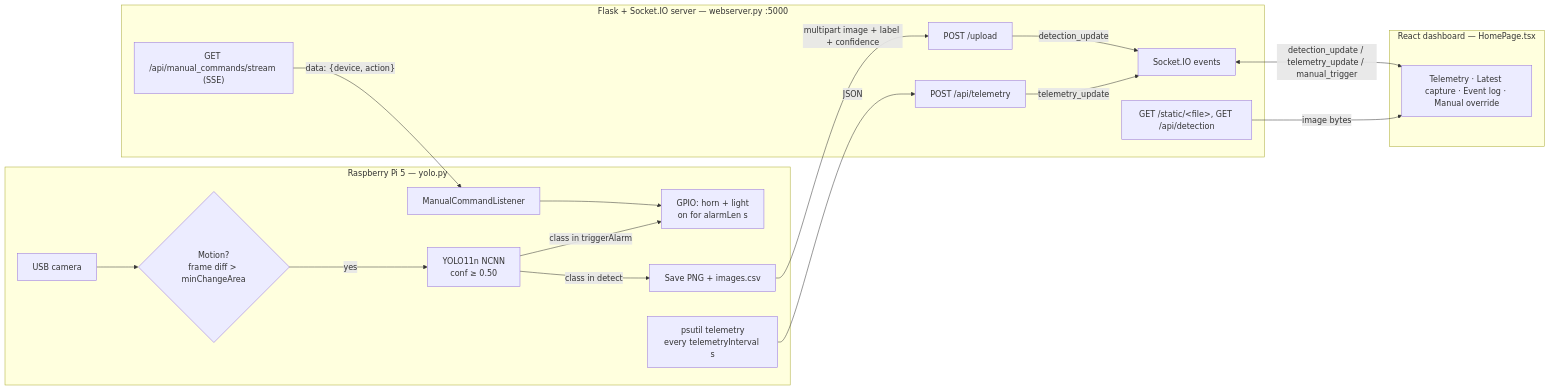
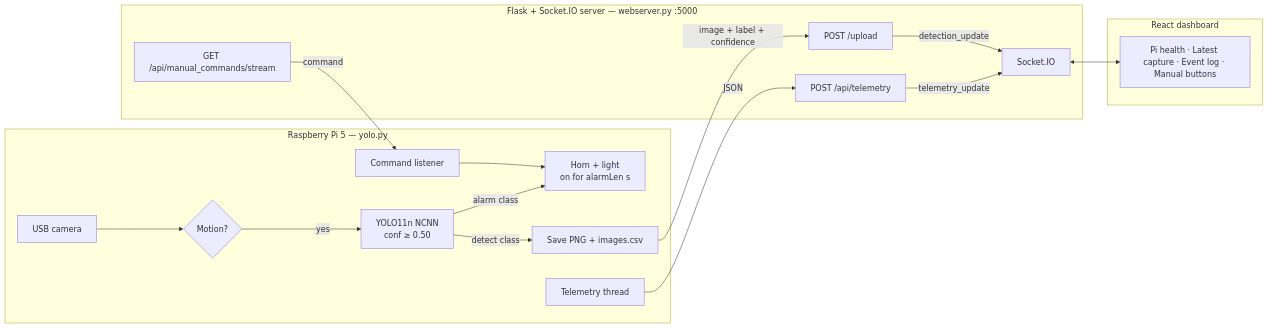
Before and after one commit to pks0916/senior-design: the diagram in docs/architecture.md, drawn with Mermaid. The commit also changed other lines of this file and 4 other files, not shown here.

First line of the commit message:
docs: rewrite architecture, setup, security, meeting notes, contributing in plainer language

````diff
--- a/docs/architecture.md
+++ b/docs/architecture.md
@@ -17,29 +17,27 @@
 ```mermaid
 flowchart LR
   subgraph PI["Raspberry Pi 5 — yolo.py"]
-    CAM[USB camera] --> MOT{Motion?<br/>frame diff > minChangeArea}
+    CAM[USB camera] --> MOT{Motion?}
     MOT -- yes --> YOLO[YOLO11n NCNN<br/>conf ≥ 0.50]
-    YOLO -- class in triggerAlarm --> GPIO[GPIO: horn + light<br/>on for alarmLen s]
-    YOLO -- class in detect --> SAVE[Save PNG + images.csv]
-    LISTEN[ManualCommandListener]
-    TEL[psutil telemetry<br/>every telemetryInterval s]
+    YOLO -- alarm class --> GPIO[Horn + light<br/>on for alarmLen s]
+    YOLO -- detect class --> SAVE[Save PNG + images.csv]
+    LISTEN[Command listener]
+    TEL[Telemetry thread]
   end
   subgraph SRV["Flask + Socket.IO server — webserver.py :5000"]
     UP["POST /upload"]
     TAPI["POST /api/telemetry"]
-    SSE["GET /api/manual_commands/stream (SSE)"]
-    WS["Socket.IO events"]
-    ST["GET /static/&lt;file&gt;, GET /api/detection"]
+    SSE["GET /api/manual_commands/stream"]
+    WS["Socket.IO"]
   end
-  subgraph WEB["React dashboard — HomePage.tsx"]
-    UI[Telemetry · Latest capture · Event log · Manual override]
+  subgraph WEB["React dashboard"]
+    UI[Pi health · Latest capture · Event log · Manual buttons]
   end
-  SAVE -- "multipart image + label + confidence" --> UP
+  SAVE -- image + label + confidence --> UP
   TEL -- JSON --> TAPI
-  SSE -- "data: {device, action}" --> LISTEN
+  SSE -- command --> LISTEN
   LISTEN --> GPIO
   UP -- detection_update --> WS
   TAPI -- telemetry_update --> WS
-  WS <-- "detection_update / telemetry_update / manual_trigger" --> UI
-  ST -- image bytes --> UI
+  WS <--> UI
 ```
````
